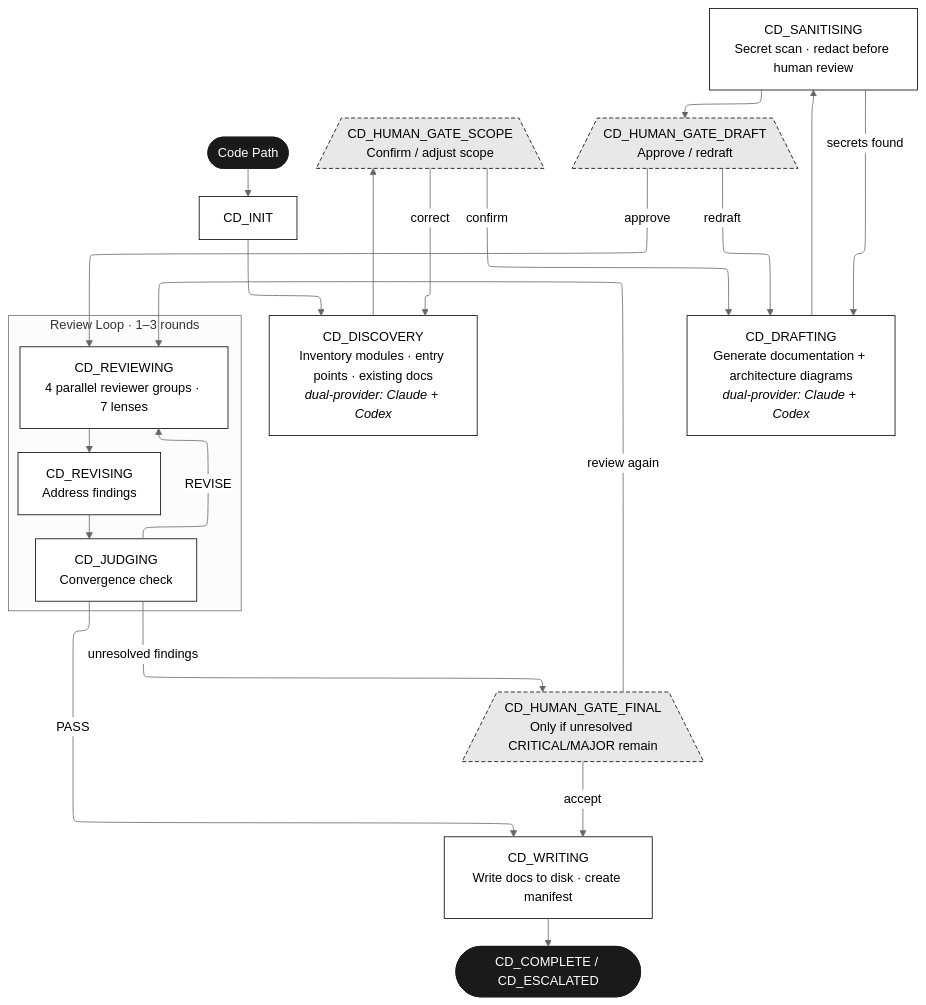
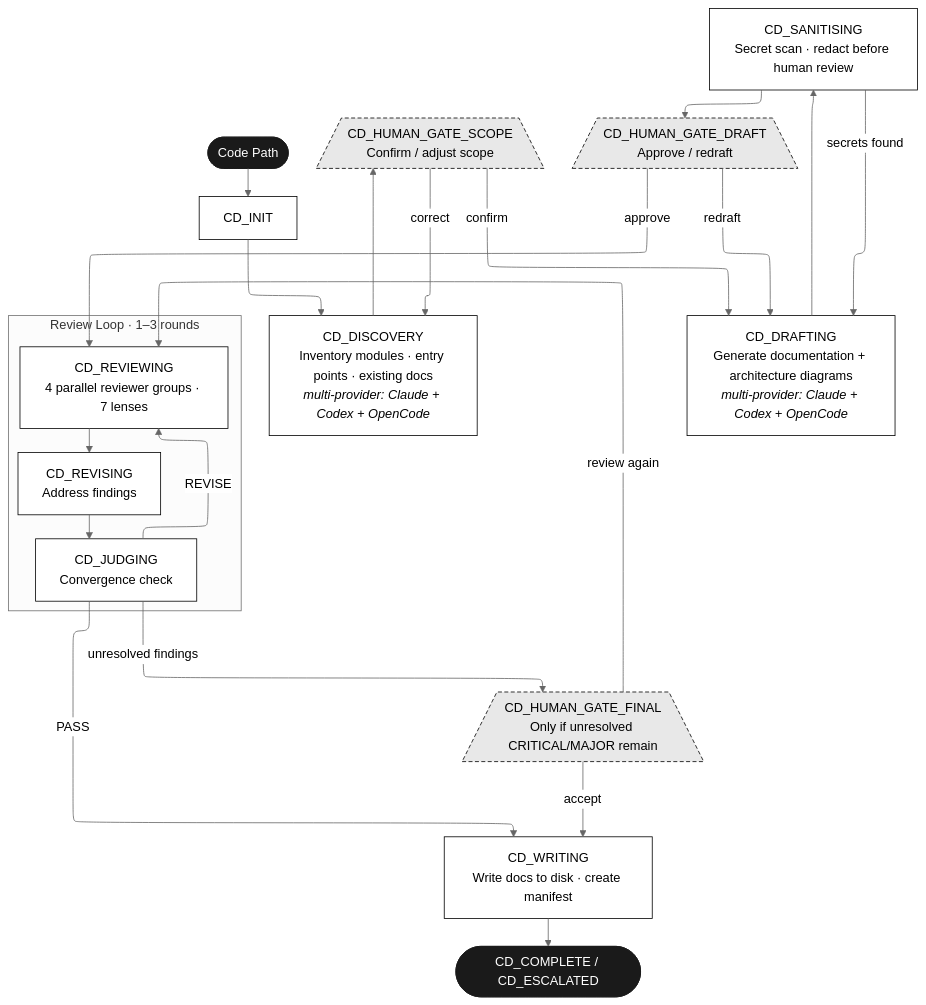
The third of 3 diagrams in README.md (nixlim/spec_system), drawn with Mermaid before and after one commit. The commit also changed other lines of this file and 1 other file, not shown here.

First line of the commit message:
docs: update README and operations manual for triple-provider support

````diff
--- a/README.md
+++ b/README.md
@@ -108,44 +108,44 @@
 ```mermaid
 %%{init: {"theme": "neutral", "flowchart": {"defaultRenderer": "elk"}}}%%
 flowchart TD
     CP([Code Path])
     CDINIT[CD_INIT]
-    CDDISC[CD_DISCOVERY<br/>Inventory modules · entry points · existing docs<br/><i>dual-provider: Claude + Codex</i>]
+    CDDISC[CD_DISCOVERY<br/>Inventory modules · entry points · existing docs<br/><i>multi-provider: Claude + Codex + OpenCode</i>]
     CDHGS[/CD_HUMAN_GATE_SCOPE<br/>Confirm / adjust scope\]
-    CDDRAFT[CD_DRAFTING<br/>Generate documentation + architecture diagrams<br/><i>dual-provider: Claude + Codex</i>]
+    CDDRAFT[CD_DRAFTING<br/>Generate documentation + architecture diagrams<br/><i>multi-provider: Claude + Codex + OpenCode</i>]
     CDSAN[CD_SANITISING<br/>Secret scan · redact before human review]
     CDHGD[/CD_HUMAN_GATE_DRAFT<br/>Approve / redraft\]
 
     subgraph CDLOOP["Review Loop · 1–3 rounds"]
         direction TB
         CDREV[CD_REVIEWING<br/>4 parallel reviewer groups · 7 lenses]
         CDREVIS[CD_REVISING<br/>Address findings]
         CDJUDG[CD_JUDGING<br/>Convergence check]
     end
 
     CDHGF[/CD_HUMAN_GATE_FINAL<br/>Only if unresolved CRITICAL/MAJOR remain\]
     CDWRITE[CD_WRITING<br/>Write docs to disk · create manifest]
     CDDONE([CD_COMPLETE / CD_ESCALATED])
 
     CP --> CDINIT --> CDDISC --> CDHGS
     CDHGS -- confirm --> CDDRAFT
     CDHGS -- correct --> CDDISC
     CDDRAFT --> CDSAN --> CDHGD
     CDSAN -- secrets found --> CDDRAFT
     CDHGD -- approve --> CDREV
     CDHGD -- redraft --> CDDRAFT
     CDREV --> CDREVIS --> CDJUDG
     CDJUDG -- REVISE --> CDREV
     CDJUDG -- PASS --> CDWRITE
     CDJUDG -- unresolved findings --> CDHGF
     CDHGF -- accept --> CDWRITE
     CDHGF -- review again --> CDREV
     CDWRITE --> CDDONE
 
     classDef agent fill:#ffffff,stroke:#000000,color:#000000
     classDef gate fill:#e8e8e8,stroke:#000000,color:#000000,stroke-dasharray:5 3
     classDef terminal fill:#1a1a1a,stroke:#1a1a1a,color:#ffffff
     class CDINIT,CDDISC,CDDRAFT,CDSAN,CDREV,CDREVIS,CDJUDG,CDWRITE agent
     class CDHGS,CDHGD,CDHGF gate
     class CP,CDDONE terminal
 ```
````
